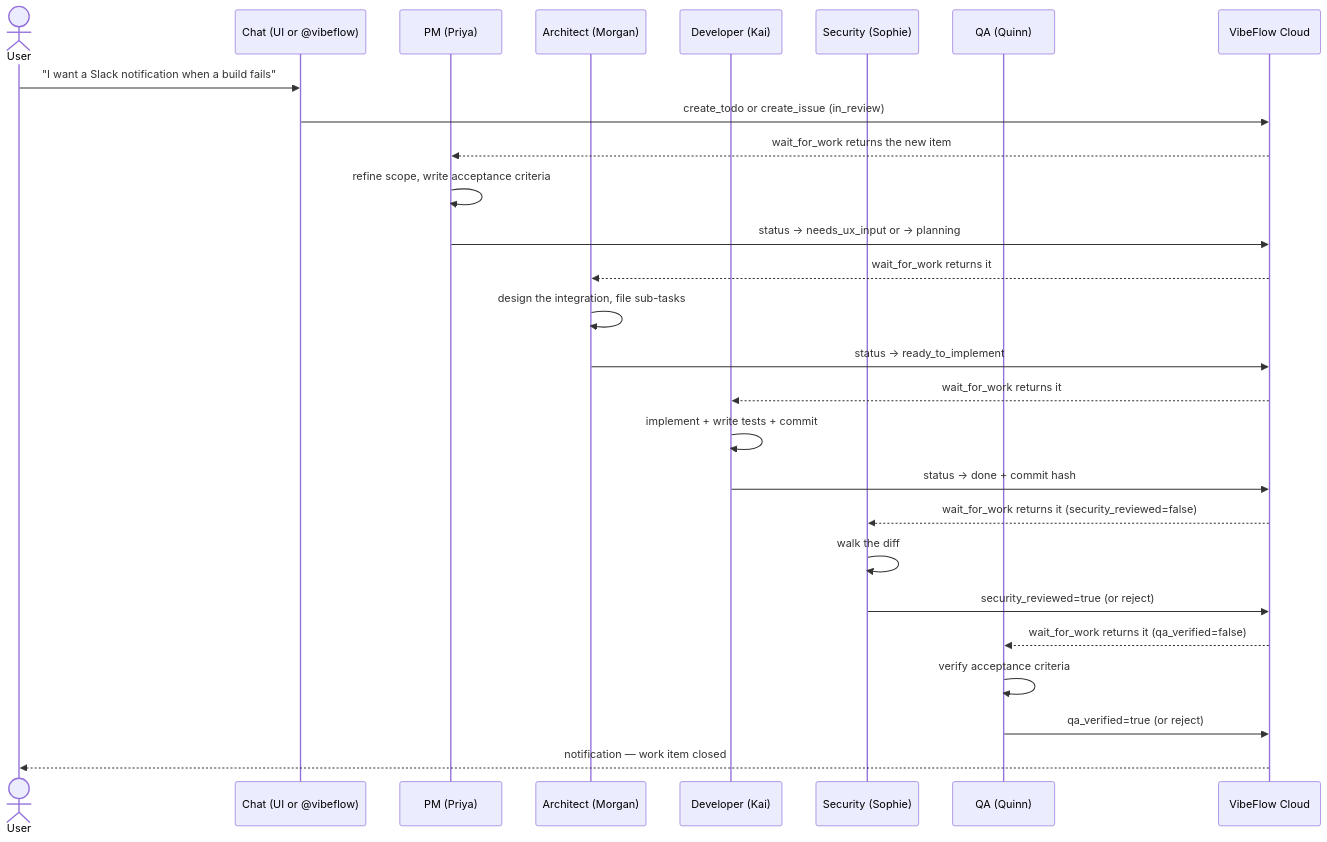
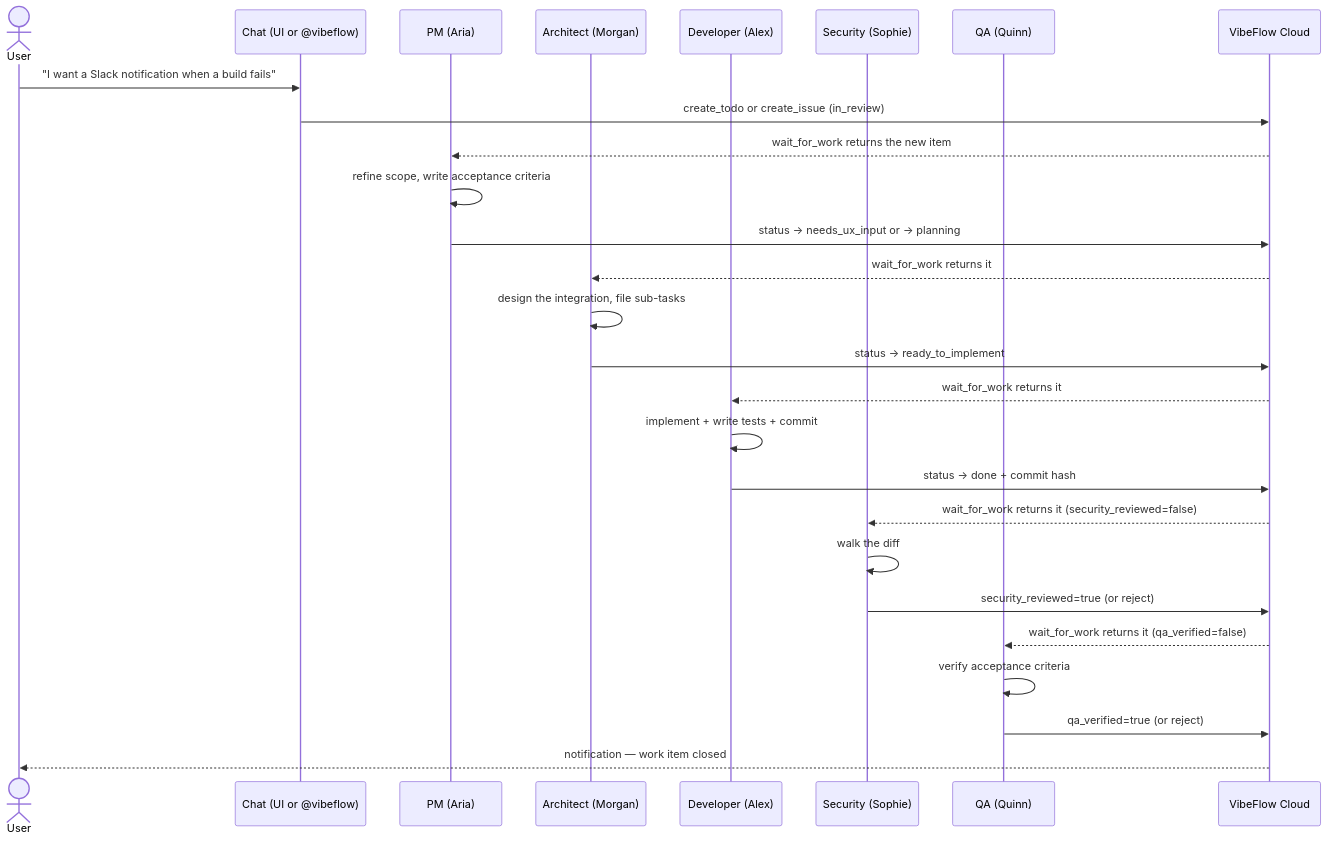
The sixth of 8 diagrams in docs/vscode-vibeflow/docs/workflows-and-flows.md (axiom-studio/vscode-vibeflow), drawn with Mermaid before and after one commit. The commit also changed other lines of this file and 16 other files, not shown here.

````diff
--- a/docs/vscode-vibeflow/docs/workflows-and-flows.md
+++ b/docs/vscode-vibeflow/docs/workflows-and-flows.md
@@ -213,30 +213,30 @@
 ```mermaid
 sequenceDiagram
     actor User
     participant Chat as Chat (UI or @vibeflow)
-    participant PM as PM (Priya)
+    participant PM as PM (Aria)
     participant Arch as Architect (Morgan)
-    participant Dev as Developer (Kai)
+    participant Dev as Developer (Alex)
     participant Sec as Security (Sophie)
     participant QA as QA (Quinn)
     participant Server as VibeFlow Cloud
 
     User->>Chat: "I want a Slack notification when a build fails"
     Chat->>Server: create_todo or create_issue (in_review)
     Server-->>PM: wait_for_work returns the new item
     PM->>PM: refine scope, write acceptance criteria
     PM->>Server: status → needs_ux_input or → planning
     Server-->>Arch: wait_for_work returns it
     Arch->>Arch: design the integration, file sub-tasks
     Arch->>Server: status → ready_to_implement
     Server-->>Dev: wait_for_work returns it
     Dev->>Dev: implement + write tests + commit
     Dev->>Server: status → done + commit hash
     Server-->>Sec: wait_for_work returns it (security_reviewed=false)
     Sec->>Sec: walk the diff
     Sec->>Server: security_reviewed=true (or reject)
     Server-->>QA: wait_for_work returns it (qa_verified=false)
     QA->>QA: verify acceptance criteria
     QA->>Server: qa_verified=true (or reject)
     Server-->>User: notification — work item closed
 ```
````
